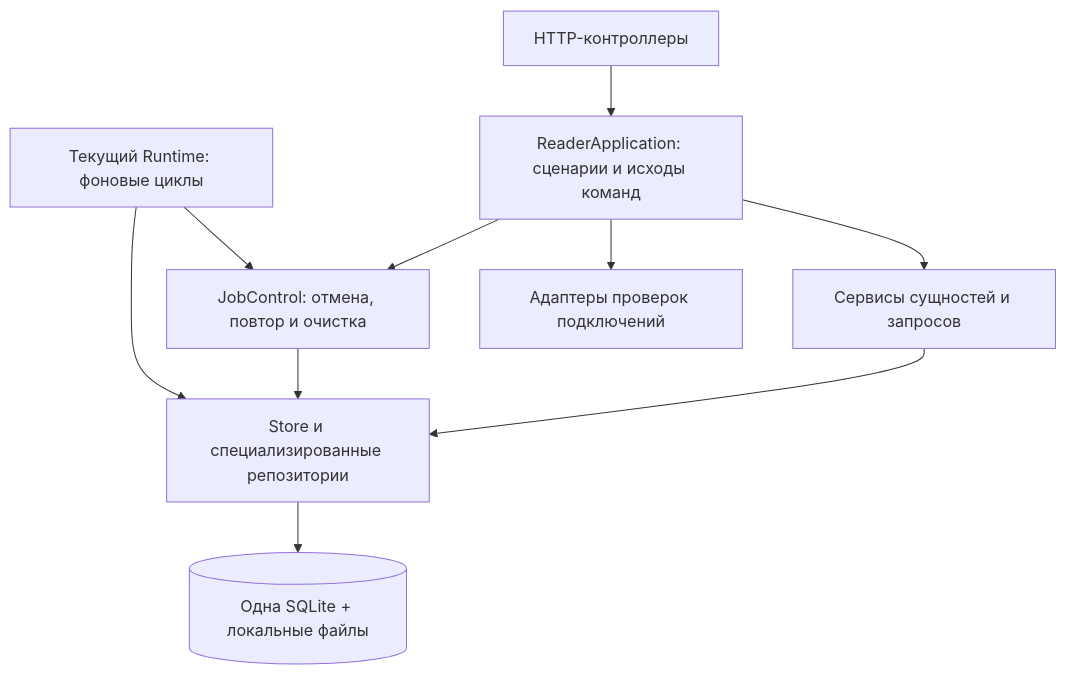
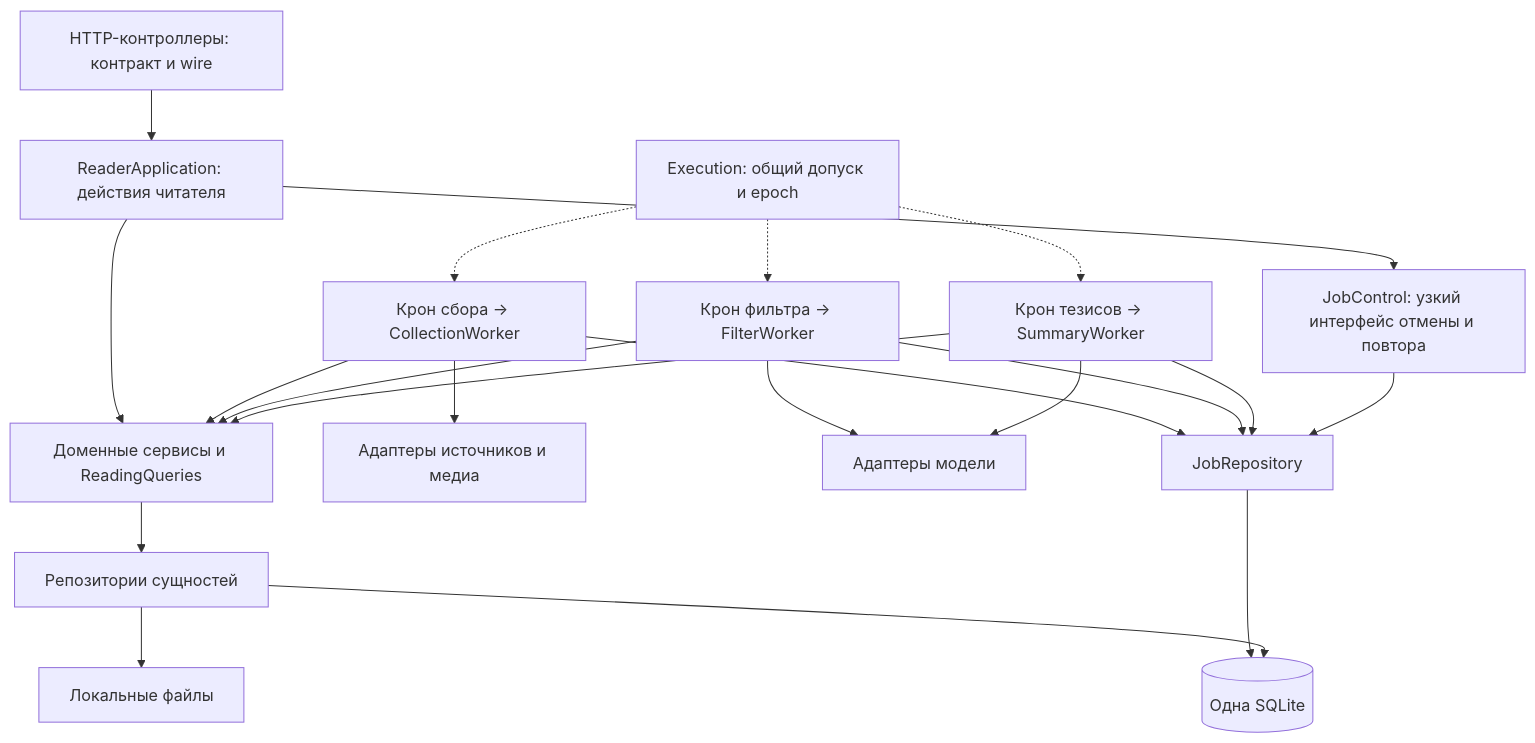
The diagram in docs/architecture/application-layers.md (tgenman/oko), drawn with Mermaid before and after one commit. The commit also changed other lines of this file and 97 other files, not shown here.

````diff
--- a/docs/architecture/application-layers.md
+++ b/docs/architecture/application-layers.md
@@ -7,12 +8,23 @@
 ```mermaid
 flowchart TB
-    HTTP["HTTP-контроллеры"] --> APP["ReaderApplication: сценарии и исходы команд"]
-    APP --> S["Сервисы сущностей и запросов"]
-    S --> R["Store и специализированные репозитории"]
-    APP --> J["JobControl: отмена, повтор и очистка"]
-    J --> R
-    APP --> A["Адаптеры проверок подключений"]
-    RT["Текущий Runtime: фоновые циклы"] --> J
-    RT --> R
-    R --> DB[("Одна SQLite + локальные файлы")]
+    H["HTTP-контроллеры: контракт и wire"] --> A["ReaderApplication: действия читателя"]
+    A --> S["Доменные сервисы и ReadingQueries"]
+    A --> J["JobControl: узкий интерфейс отмены и повтора"]
+    C["Крон сбора → CollectionWorker"] --> S
+    F["Крон фильтра → FilterWorker"] --> S
+    T["Крон тезисов → SummaryWorker"] --> S
+    C --> AD["Адаптеры источников и медиа"]
+    F --> AI["Адаптеры модели"]
+    T --> AI
+    C --> JR["JobRepository"]
+    F --> JR
+    T --> JR
+    J --> JR
+    S --> R["Репозитории сущностей"]
+    JR --> DB[("Одна SQLite")]
+    R --> DB
+    R --> FS["Локальные файлы"]
+    E["Execution: общий допуск и epoch"] -.-> C
+    E -.-> F
+    E -.-> T
 ```
````
